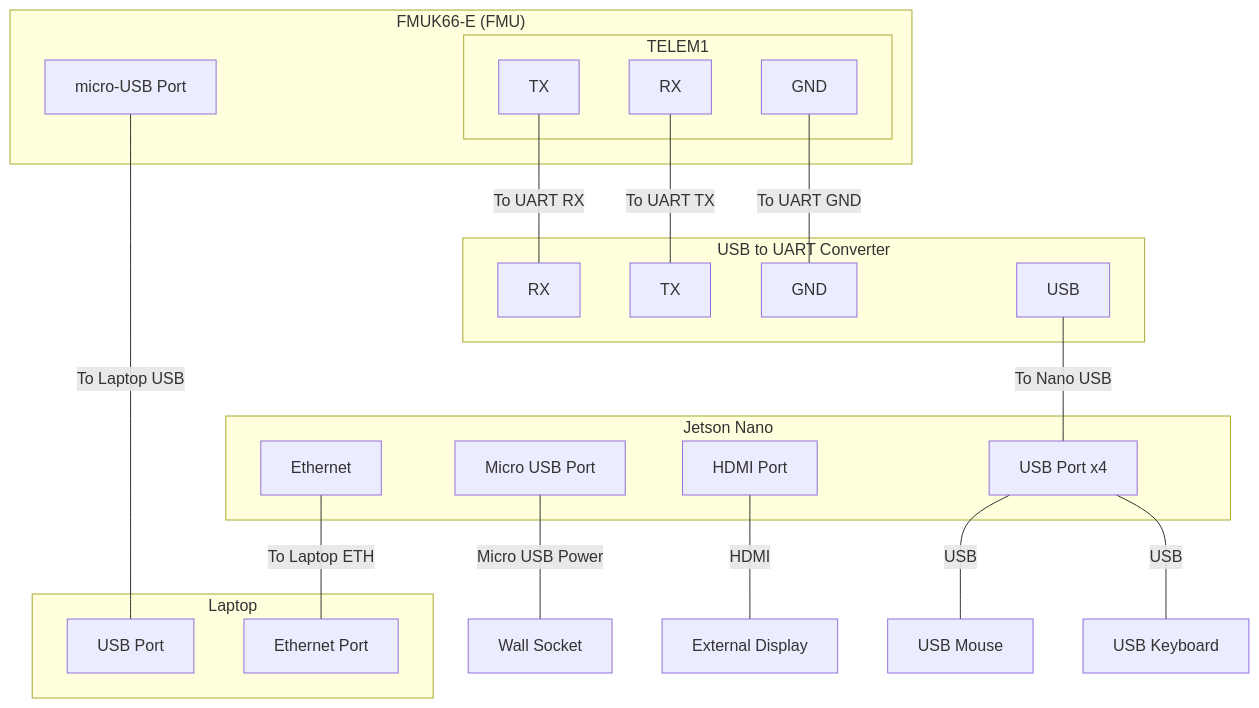
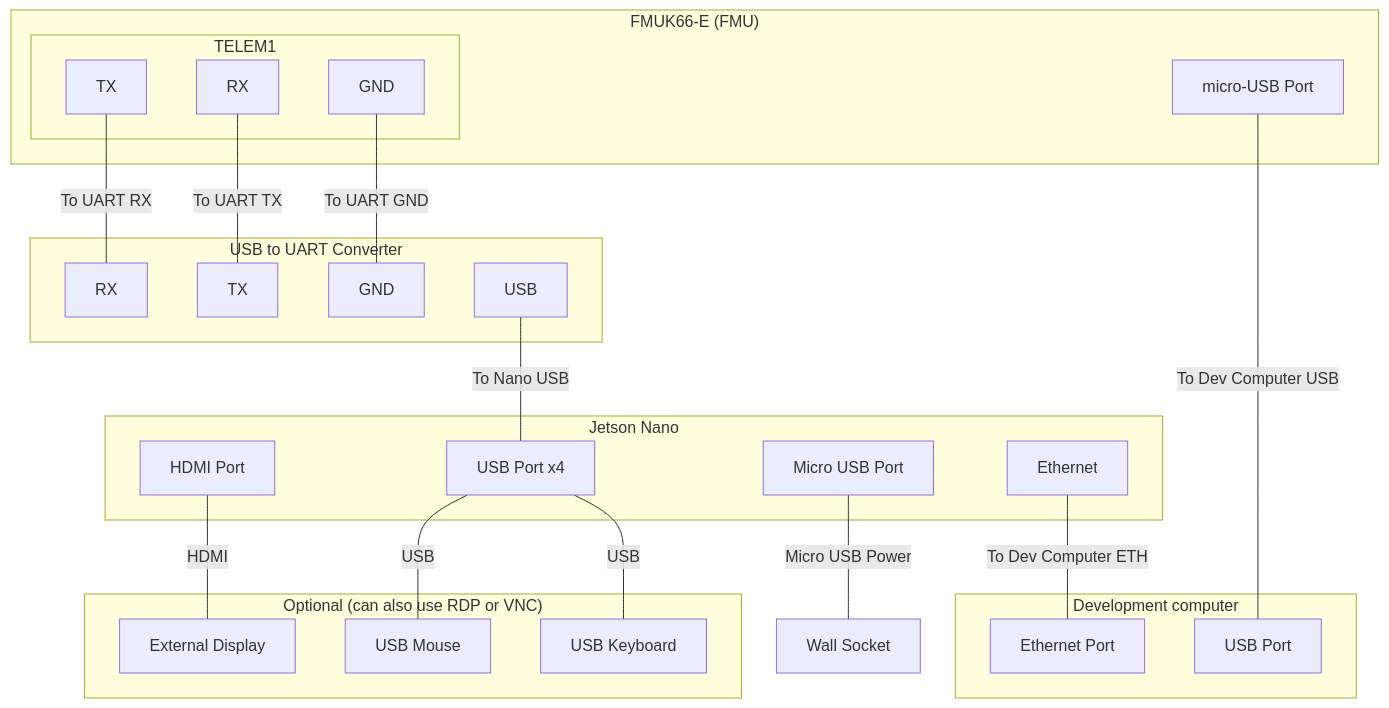
The diagram in docs/pages/developer_guide/onboard/jetson_pixhawk.rst (hmakelin/gisnav), drawn with Mermaid before and after one commit. The commit also changed other lines of this file and 3 other files, not shown here.

```diff
--- a/docs/pages/developer_guide/onboard/jetson_pixhawk.rst
+++ b/docs/pages/developer_guide/onboard/jetson_pixhawk.rst
@@ -49,41 +45,43 @@
         .. mermaid::
 
           graph TB
             subgraph "FMUK66-E (FMU)"
                 subgraph "TELEM1"
                     FMU_TELEM1_RX[RX]
                     FMU_TELEM1_TX[TX]
                     FMU_TELEM1_GND[GND]
                 end
                 FMU_USB[micro-USB Port]
             end
-            subgraph "Laptop"
+            subgraph "Development computer"
+                Laptop_ETH[Ethernet Port]
                 Laptop_USB[USB Port]
-                Laptop_ETH[Ethernet Port]
             end
             subgraph "Jetson Nano"
                 Nano_USB[USB Port x4]
                 Nano_micro_USB[Micro USB Port]
                 Nano_HDMI[HDMI Port]
                 Nano_ETH[Ethernet]
             end
             subgraph "USB to UART Converter"
                 Converter_RX[RX]
                 Converter_TX[TX]
                 Converter_GND[GND]
                 Converter_USB[USB]
             end
             Socket[Wall Socket]
-            Display[External Display]
-            Mouse[USB Mouse]
-            Keyboard[USB Keyboard]
+            subgraph "Optional (can also use RDP or VNC)"
+                Display[External Display]
+                Mouse[USB Mouse]
+                Keyboard[USB Keyboard]
+            end
             FMU_TELEM1_TX ---|To UART RX| Converter_RX
             FMU_TELEM1_RX ---|To UART TX| Converter_TX
             FMU_TELEM1_GND ---|To UART GND| Converter_GND
-            FMU_USB ---|To Laptop USB| Laptop_USB
+            FMU_USB ---|To Dev Computer USB| Laptop_USB
             Converter_USB ---|To Nano USB| Nano_USB
             Nano_micro_USB ---|Micro USB Power| Socket
             Nano_HDMI ---|HDMI| Display
             Nano_USB ---|USB| Mouse
             Nano_USB ---|USB| Keyboard
-            Nano_ETH ---|To Laptop ETH| Laptop_ETH
+            Nano_ETH ---|To Dev Computer ETH| Laptop_ETH
```
